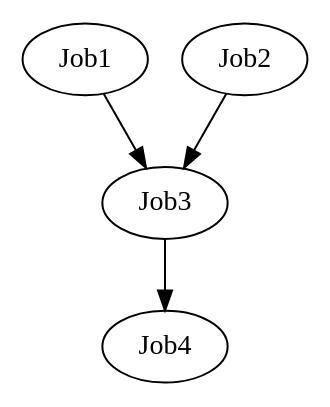
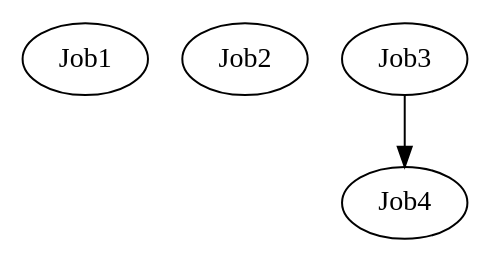
Before and after one commit to ksassnowski/venture-docs: the diagram in docs/.vuepress/public/workflow-2.dot, drawn with Graphviz. The commit also changed 9 other files, not shown here.

```diff
--- a/docs/.vuepress/public/workflow-2.dot
+++ b/docs/.vuepress/public/workflow-2.dot
@@ -1,5 +1,5 @@
 digraph G {
-    Job1 -> Job3;
-    Job2 -> Job3;
+    Job1;
+    Job2;
     Job3 -> Job4;
 }
```
